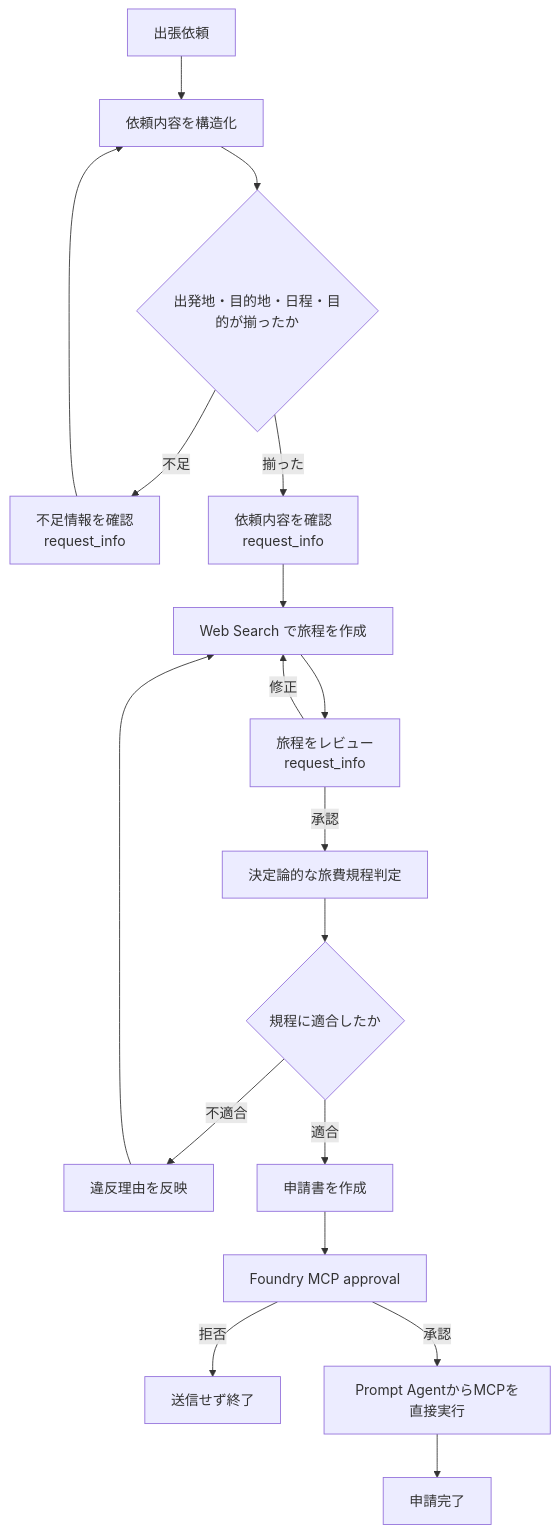
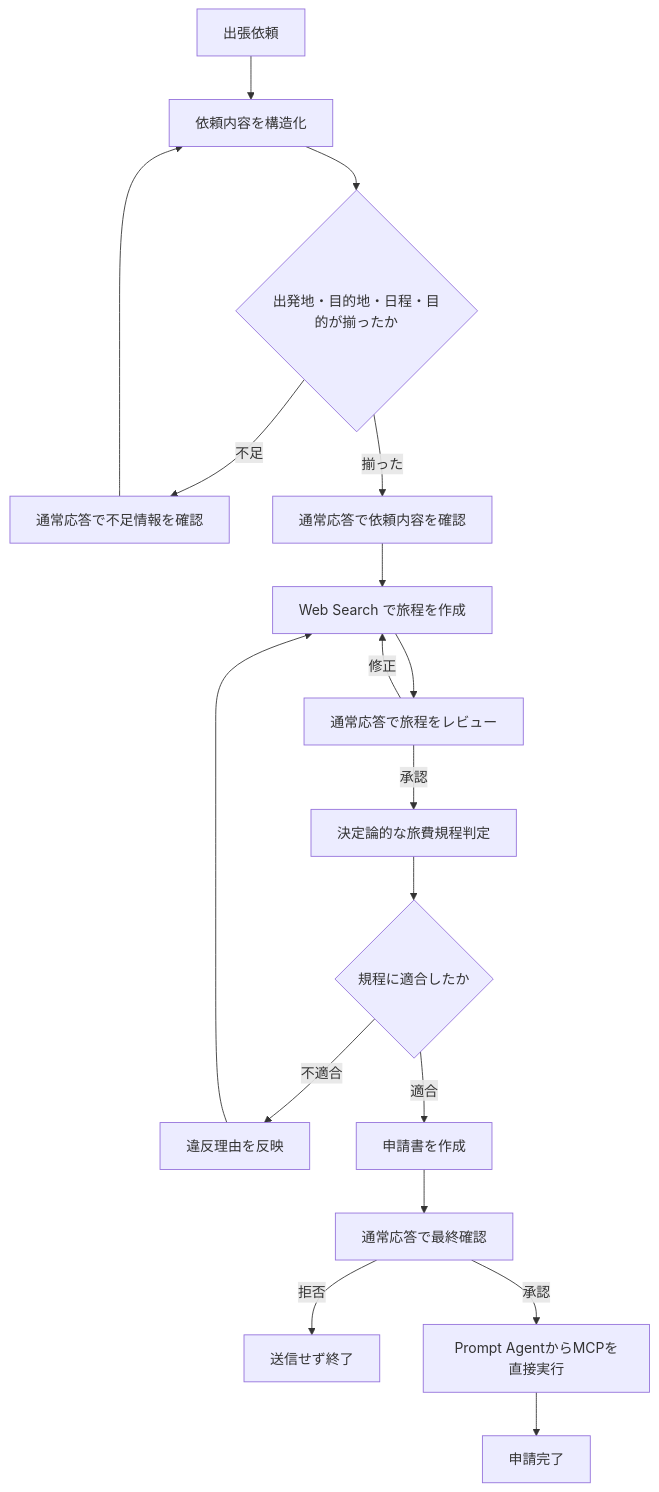
Before and after one commit to teshi22/grobal_azure_demo: the second of 2 diagrams in README.md, drawn with Mermaid. The commit also changed other lines of this file and 13 other files, not shown here.

Commit message:
refactor: keep prompt agent flow in Foundry

````diff
--- a/README.md
+++ b/README.md
@@ -123,18 +123,18 @@
 ```mermaid
 flowchart TD
     Start["出張依頼"] --> Clarify["依頼内容を構造化"]
     Clarify --> Complete{"出発地・目的地・日程・目的が揃ったか"}
-    Complete -->|不足| Ask["不足情報を確認<br/>request_info"] --> Clarify
-    Complete -->|揃った| Confirm["依頼内容を確認<br/>request_info"]
+    Complete -->|不足| Ask["通常応答で不足情報を確認"] --> Clarify
+    Complete -->|揃った| Confirm["通常応答で依頼内容を確認"]
     Confirm --> Plan["Web Search で旅程を作成"]
-    Plan --> Review["旅程をレビュー<br/>request_info"]
+    Plan --> Review["通常応答で旅程をレビュー"]
     Review -->|修正| Plan
     Review -->|承認| Rules["決定論的な旅費規程判定"]
     Rules --> Compliant{"規程に適合したか"}
     Compliant -->|不適合| Replan["違反理由を反映"] --> Plan
     Compliant -->|適合| Document["申請書を作成"]
-    Document --> MCPApproval["Foundry MCP approval"]
-    MCPApproval -->|拒否| Cancel["送信せず終了"]
-    MCPApproval -->|承認| MCP["Prompt AgentからMCPを直接実行"]
+    Document --> FinalConfirm["通常応答で最終確認"]
+    FinalConfirm -->|拒否| Cancel["送信せず終了"]
+    FinalConfirm -->|承認| MCP["Prompt AgentからMCPを直接実行"]
     MCP --> Done["申請完了"]
 ```
````
